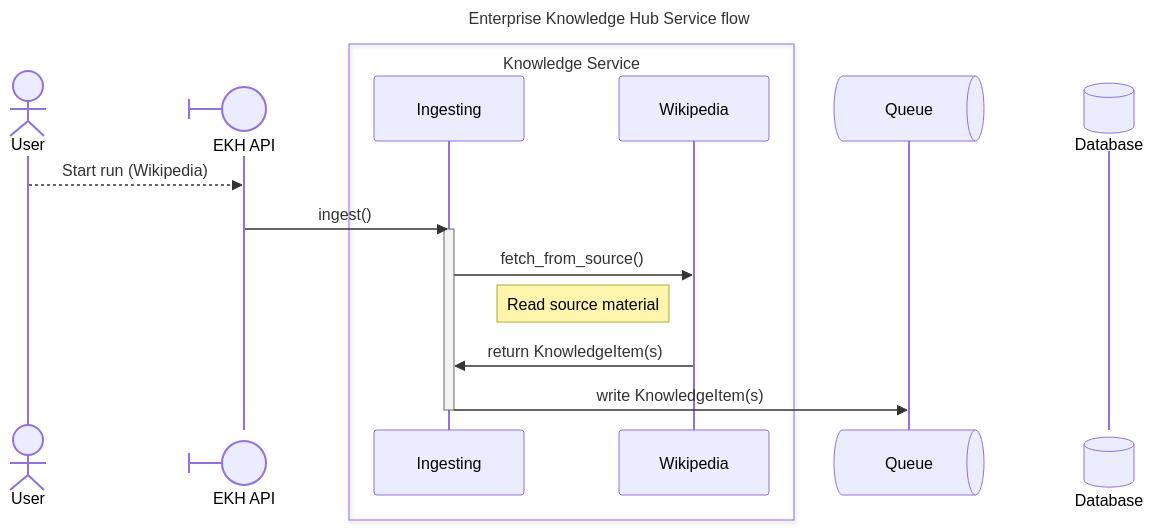
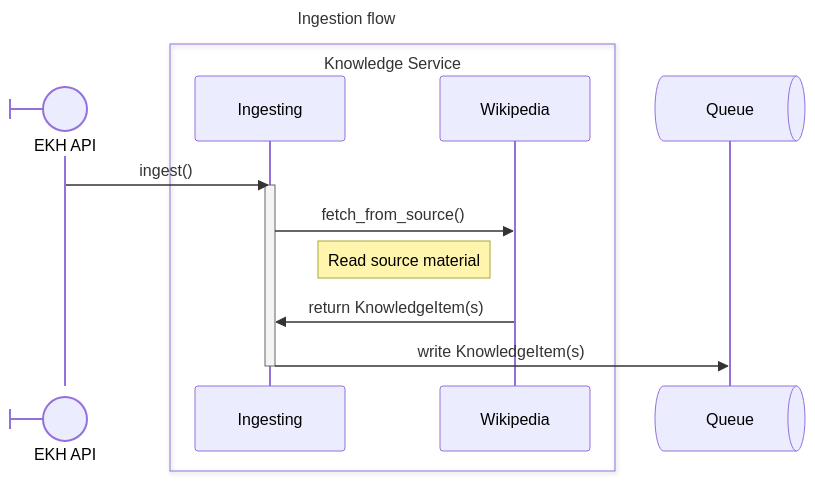
Before and after one commit to ssc-dsai/enterprise-knowledge-hub: the first of 3 diagrams in docs/mermaid-diagram.md, drawn with Mermaid. The commit also changed other lines of this file, not shown here.

````diff
--- a/docs/mermaid-diagram.md
+++ b/docs/mermaid-diagram.md
@@ -24,26 +24,22 @@
 ```mermaid
 ---
-title: Enterprise Knowledge Hub Service flow
+title: Ingestion flow
 ---
 sequenceDiagram
-    actor u as User
     participant API@{ "type": "boundary" } as EKH API
-    u-->>API: Start run (Wikipedia)
 
     box Knowledge Service
     participant ingest as Ingesting
     participant impl as Wikipedia
     end
 
     participant queue@{ "type" : "queue" } as Queue
-
-    participant db@{ "type": "database" } as Database
 
     API->>ingest: ingest()
     activate ingest
     ingest->>impl: fetch_from_source()
     Note left of impl: Read source material
     impl->>ingest: return KnowledgeItem(s)
     ingest->>queue: write KnowledgeItem(s)
     deactivate ingest
 ```
````
